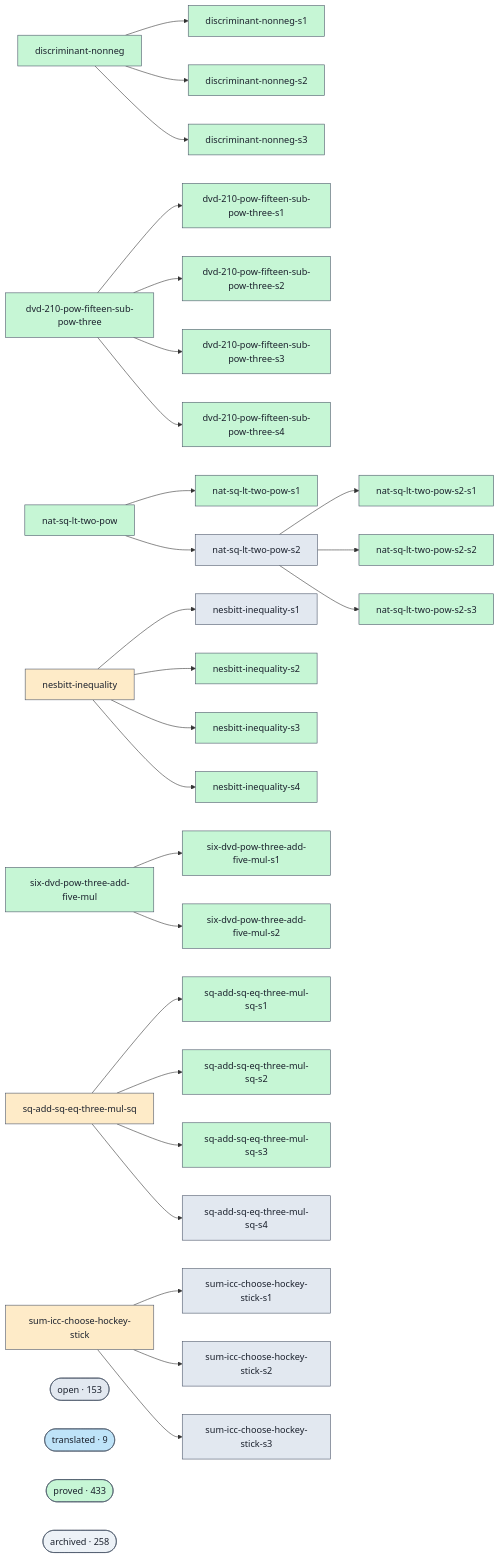
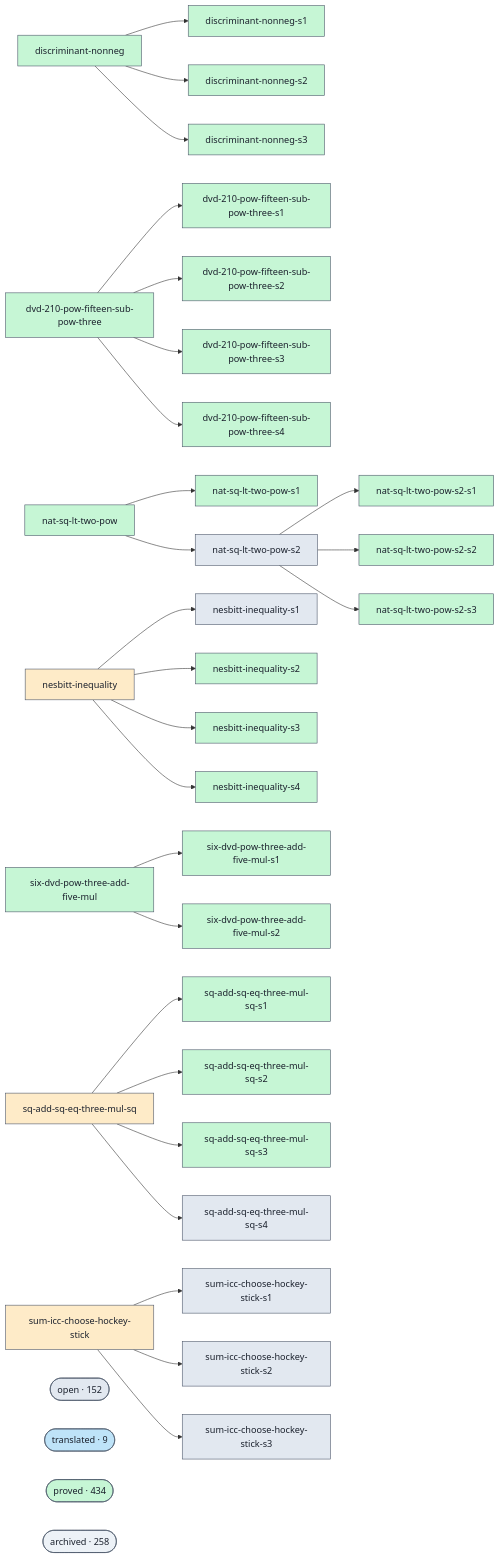
Before and after one commit to ohdearquant/unsorry: the diagram in docs/proofs-contributors-visualisation.md, drawn with Mermaid. The commit also changed other lines of this file and 2 other files, not shown here.

```diff
--- a/docs/proofs-contributors-visualisation.md
+++ b/docs/proofs-contributors-visualisation.md
@@ -143,11 +143,11 @@
   g_sum_icc_choose_hockey_stick --> g_sum_icc_choose_hockey_stick_s1
   g_sum_icc_choose_hockey_stick --> g_sum_icc_choose_hockey_stick_s2
   g_sum_icc_choose_hockey_stick --> g_sum_icc_choose_hockey_stick_s3
-  cluster_open(["open · 153"])
+  cluster_open(["open · 152"])
   class cluster_open open;
   cluster_translated(["translated · 9"])
   class cluster_translated translated;
-  cluster_proved(["proved · 433"])
+  cluster_proved(["proved · 434"])
   class cluster_proved proved;
   cluster_archived(["archived · 258"])
   class cluster_archived unknown;
```
